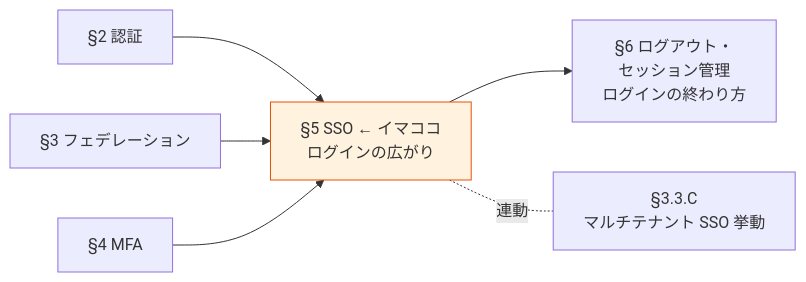
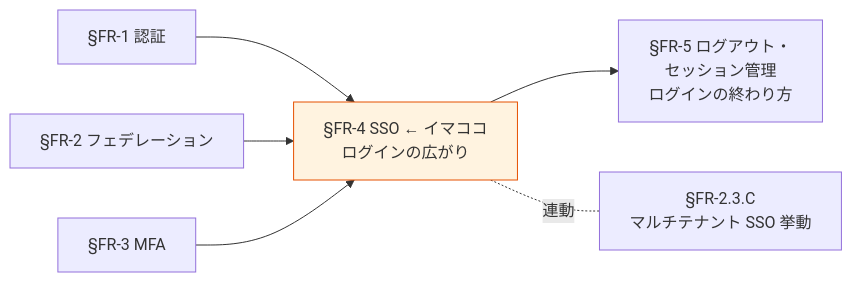
Before and after one commit to suepie/aws-atuh-poc: the diagram in doc/requirements/proposal/fr/04-sso.md, drawn with Mermaid. The commit also changed other lines of this file and 30 other files, not shown here.

````diff
--- a/doc/requirements/proposal/fr/04-sso.md
+++ b/doc/requirements/proposal/fr/04-sso.md
@@ -22,17 +22,17 @@
 ```mermaid
 flowchart LR
-    S2["§2 認証"]
-    S3["§3 フェデレーション"]
-    S4["§4 MFA"]
-    S5["§5 SSO ← イマココ<br/>ログインの広がり"]
-    S6["§6 ログアウト・<br/>セッション管理<br/>ログインの終わり方"]
-    S33C["§3.3.C<br/>マルチテナント SSO 挙動"]
+    S2["§FR-1 認証"]
+    S3["§FR-2 フェデレーション"]
+    S4["§FR-3 MFA"]
+    S5["§FR-4 SSO ← イマココ<br/>ログインの広がり"]
+    S6["§FR-5 ログアウト・<br/>セッション管理<br/>ログインの終わり方"]
+    S33C["§FR-2.3.C<br/>マルチテナント SSO 挙動"]
 
     S2 --> S5
     S3 --> S5
     S4 --> S5
     S5 --> S6
     S5 -.連動.- S33C
 
     style S5 fill:#fff3e0,stroke:#e65100
 ```
````
